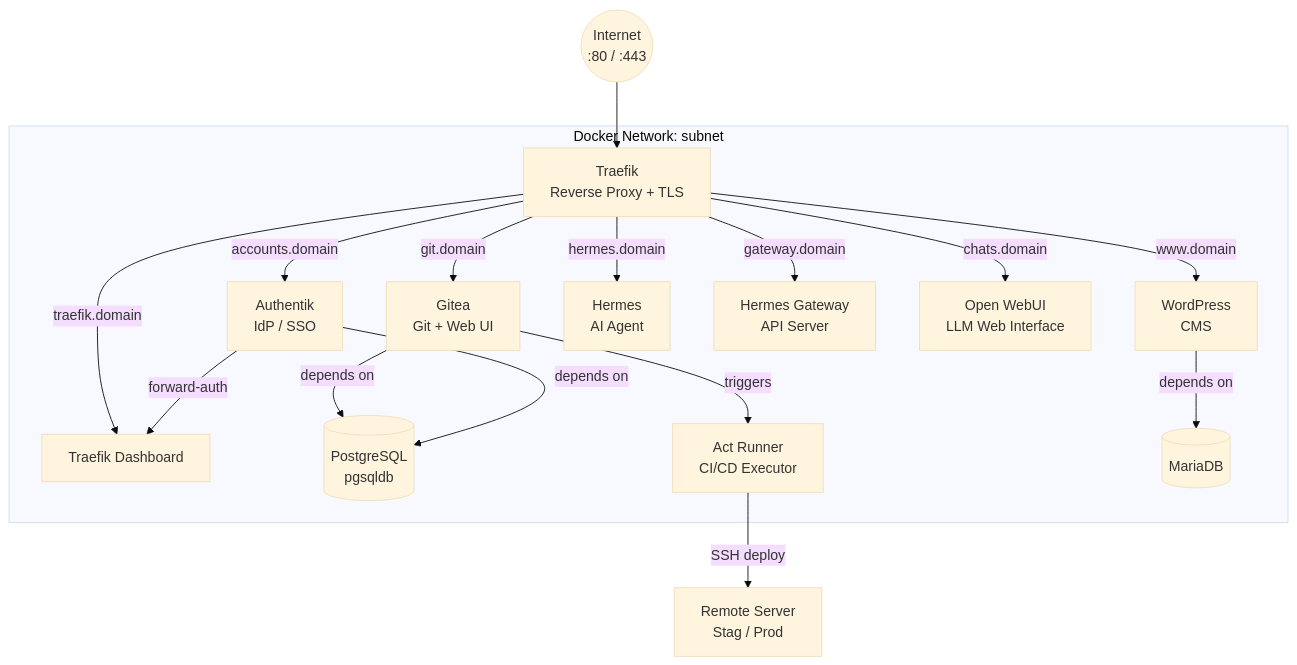
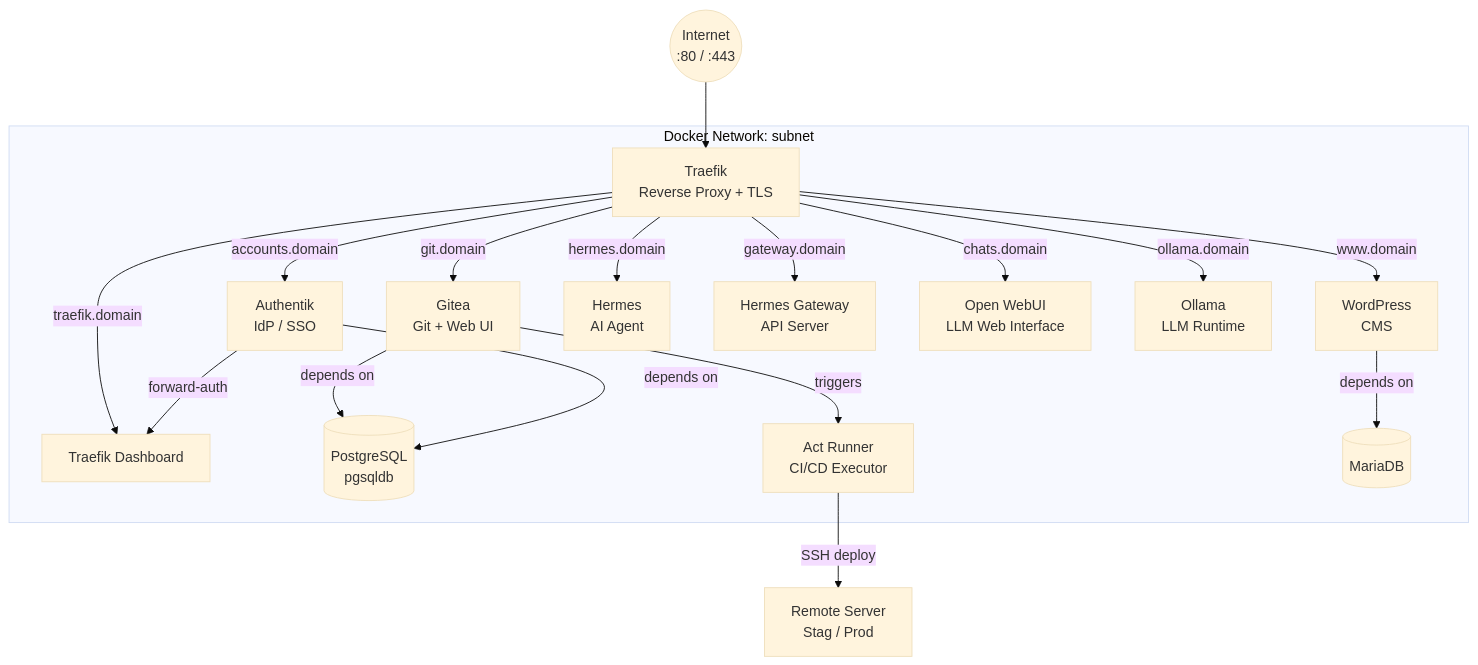
Before and after one commit to yongxinL/servicehub: the diagram in README.md, drawn with Mermaid (base theme). The commit also changed other lines of this file and 6 other files, not shown here.

First line of the commit message:
feat: add Ollama LLM runtime service

````diff
--- a/README.md
+++ b/README.md
@@ -28,23 +29,24 @@
 ```mermaid
 graph TD
     Internet((Internet\n:80 / :443))
     Internet --> Traefik
 
     subgraph subnet[Docker Network: subnet]
         Traefik[Traefik\nReverse Proxy + TLS]
         Traefik -->|git.domain| Gitea[Gitea\nGit + Web UI]
         Traefik -->|traefik.domain| Dashboard[Traefik Dashboard]
         Traefik -->|accounts.domain| Authentik[Authentik\nIdP / SSO]
         Traefik -->|www.domain| WordPress[WordPress\nCMS]
         Traefik -->|hermes.domain| Hermes[Hermes\nAI Agent]
         Traefik -->|gateway.domain| Gateway[Hermes Gateway\nAPI Server]
         Traefik -->|chats.domain| OpenWebUI[Open WebUI\nLLM Web Interface]
+        Traefik -->|ollama.domain| Ollama[Ollama\nLLM Runtime]
         Authentik -->|forward-auth| Dashboard
         Gitea -->|depends on| PostgreSQL[(PostgreSQL\npgsqldb)]
         Authentik -->|depends on| PostgreSQL
         Gitea -->|triggers| Runner[Act Runner\nCI/CD Executor]
         WordPress -->|depends on| MariaDB[(MariaDB)]
     end
 
     Runner -->|SSH deploy| RemoteServer[Remote Server\nStag / Prod]
 ```
````
